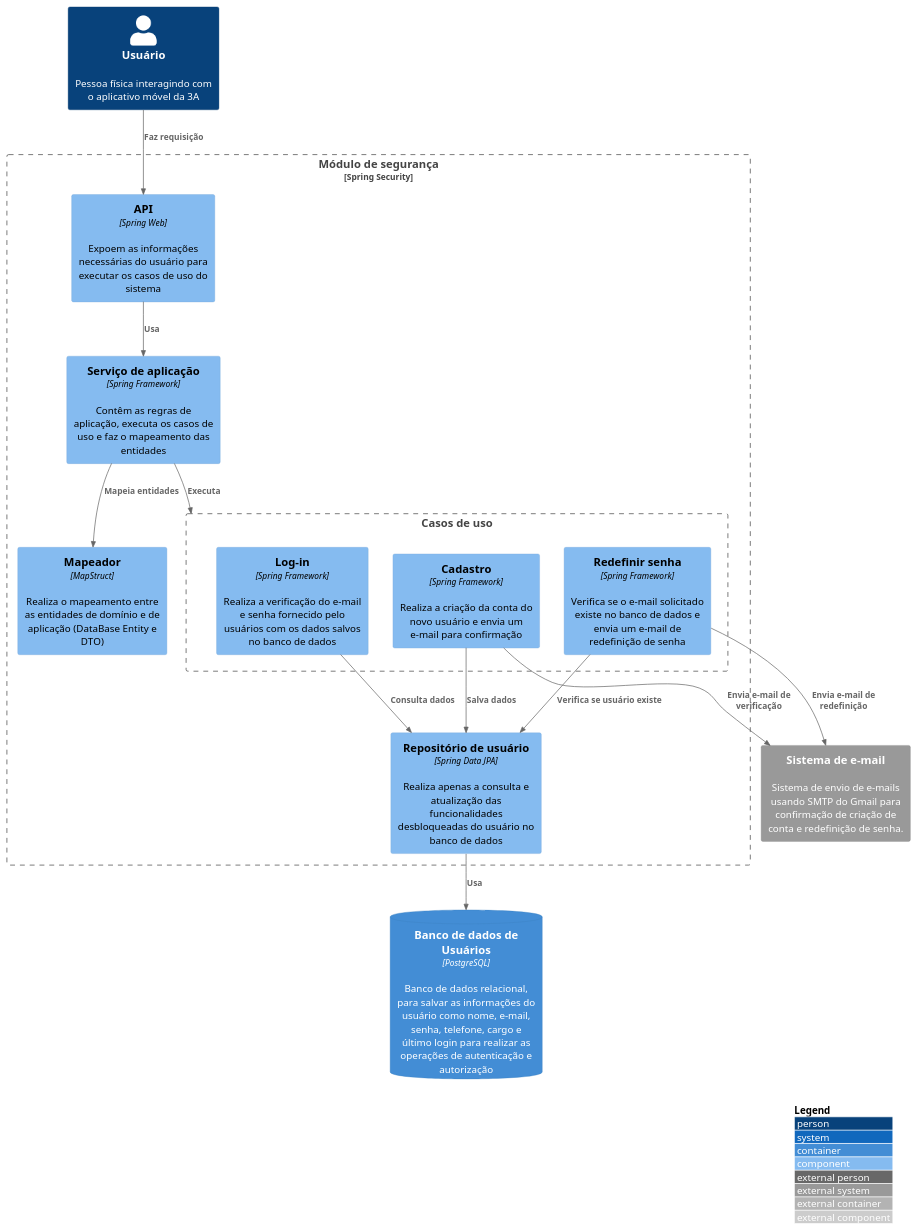
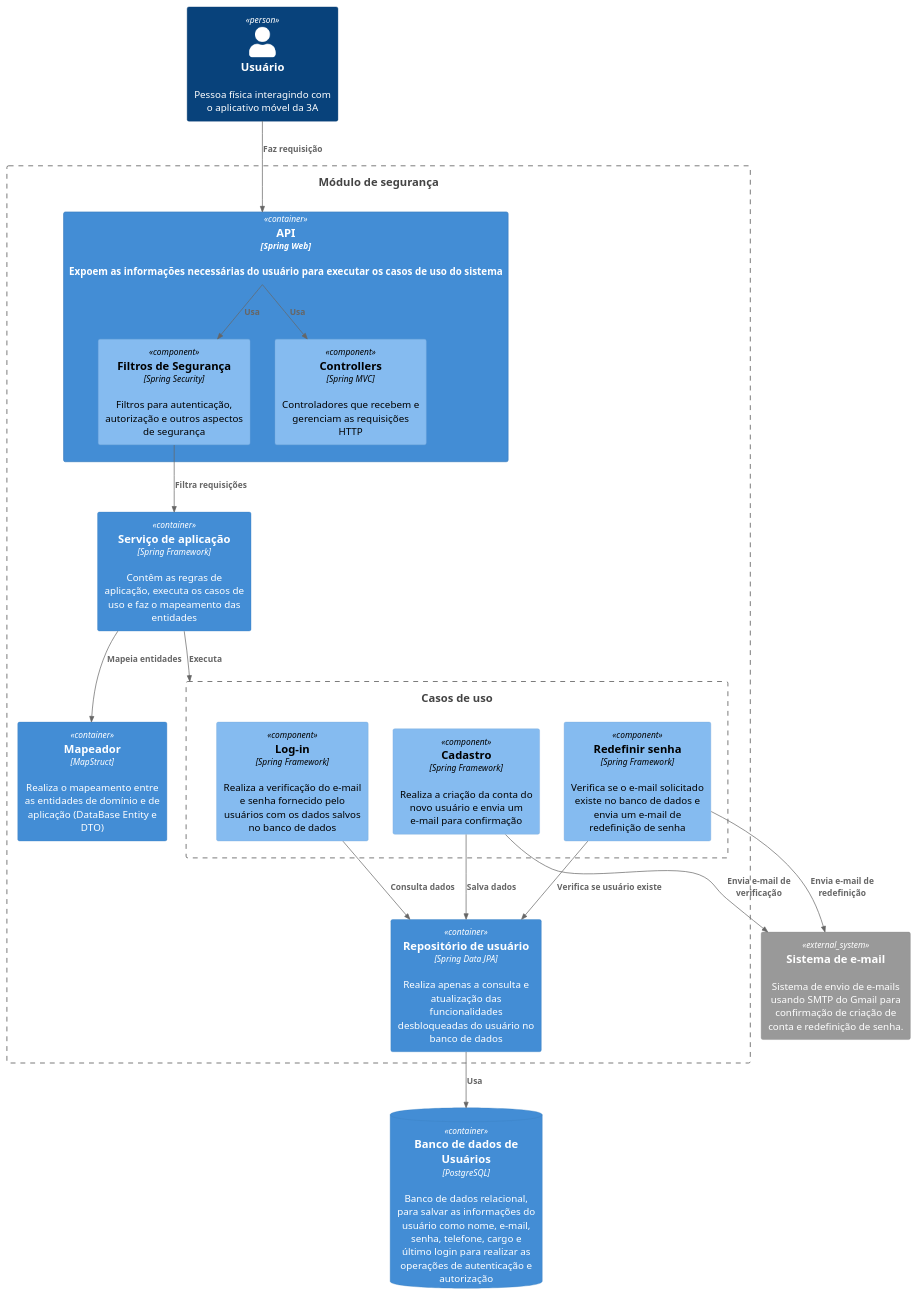
The diagram in c3-components/back-end/security-module/security_module.puml (Open-3A/3A-c4-model), drawn with PlantUML before and after one commit. The commit also changed 1 other file, not shown here.

Commit message:
feat(back-end): add filter chain layer security module

```diff
--- a/c3-components/back-end/security-module/security_module.puml
+++ b/c3-components/back-end/security-module/security_module.puml
@@ -1,37 +1,40 @@
 @startuml Security Module
 
 !include https://raw.githubusercontent.com/adrianvlupu/C4-PlantUML/latest/C4_Component.puml
-
-LAYOUT_WITH_LEGEND()
 
 Person(user, "Usuário", "Pessoa física interagindo com o aplicativo móvel da 3A")
 
 System_Ext(mail, "Sistema de e-mail", "Sistema de envio de e-mails usando SMTP do Gmail para confirmação de criação de conta e redefinição de senha.")
 ContainerDb(user_db, "Banco de dados de Usuários", "PostgreSQL", "Banco de dados relacional, para salvar as informações do usuário como nome, e-mail, senha, telefone, cargo e último login para realizar as operações de autenticação e autorização")
 
-Boundary(security_module, "Módulo de segurança", "Spring Security"){
-  Component(security_api, "API", "Spring Web", "Expoem as informações necessárias do usuário para executar os casos de uso do sistema")
-  Component(security_service, "Serviço de aplicação", "Spring Framework", "Contêm as regras de aplicação, executa os casos de uso e faz o mapeamento das entidades")
-  Component(report_mapper, "Mapeador", "MapStruct", "Realiza o mapeamento entre as entidades de domínio e de aplicação (DataBase Entity e DTO)")
+Boundary(security_module, "Módulo de segurança"){
+  Container(security_api, "API", "Spring Web", "Expoem as informações necessárias do usuário para executar os casos de uso do sistema"){
+    Component(security_filters, "Filtros de Segurança", "Spring Security", "Filtros para autenticação, autorização e outros aspectos de segurança")
+    Component(security_controllers, "Controllers", "Spring MVC", "Controladores que recebem e gerenciam as requisições HTTP")
+  }
+  Container(security_service, "Serviço de aplicação", "Spring Framework", "Contêm as regras de aplicação, executa os casos de uso e faz o mapeamento das entidades")
+  Container(report_mapper, "Mapeador", "MapStruct", "Realiza o mapeamento entre as entidades de domínio e de aplicação (DataBase Entity e DTO)")
 
   Boundary(security_use_cases, "Casos de uso"){
     Component(login_use_case, "Log-in", "Spring Framework", "Realiza a verificação do e-mail e senha fornecido pelo usuários com os dados salvos no banco de dados")
     Component(signup_use_case, "Cadastro", "Spring Framework", "Realiza a criação da conta do novo usuário e envia um e-mail para confirmação")
     Component(reset_pwd_use_case, "Redefinir senha", "Spring Framework", "Verifica se o e-mail solicitado existe no banco de dados e envia um e-mail de redefinição de senha")
   }
 
-  Component(user_repository, "Repositório de usuário", "Spring Data JPA", "Realiza apenas a consulta e atualização das funcionalidades desbloqueadas do usuário no banco de dados")
+  Container(user_repository, "Repositório de usuário", "Spring Data JPA", "Realiza apenas a consulta e atualização das funcionalidades desbloqueadas do usuário no banco de dados")
 }
 
 Rel(user, security_api, "Faz requisição")
-Rel(security_api, security_service, "Usa")
+Rel(security_api, security_filters, "Usa")
+Rel(security_api, security_controllers, "Usa")
+Rel(security_filters, security_service, "Filtra requisições")
 Rel(security_service, report_mapper, "Mapeia entidades")
 Rel(security_service, security_use_cases, "Executa")
 Rel(user_repository, user_db, "Usa")
 Rel(login_use_case, user_repository, "Consulta dados")
 Rel(signup_use_case, user_repository, "Salva dados")
 Rel(signup_use_case, mail, "Envia e-mail de verificação")
 Rel(reset_pwd_use_case, user_repository, "Verifica se usuário existe")
 Rel(reset_pwd_use_case, mail, "Envia e-mail de redefinição")
 
 @enduml
```
